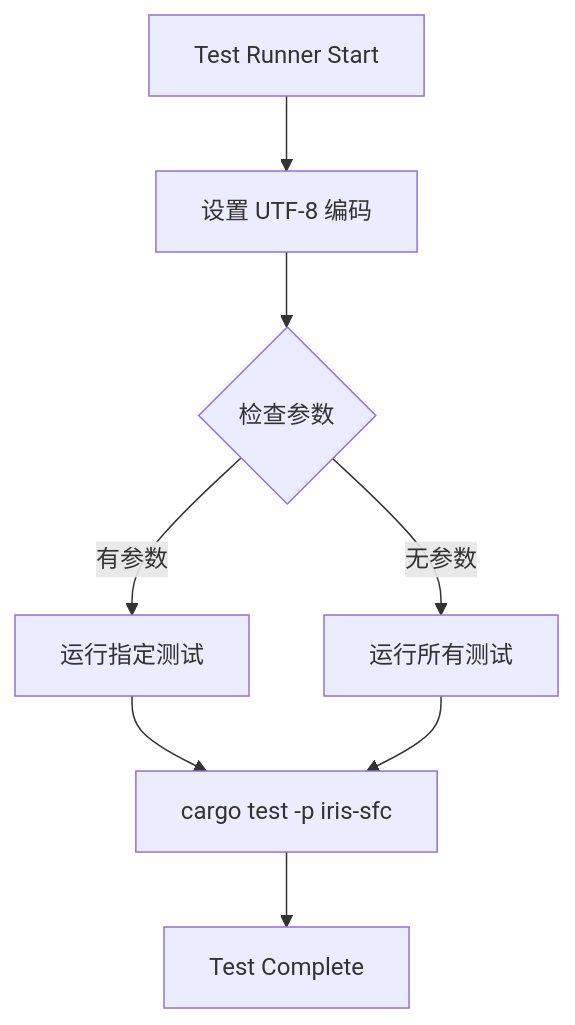
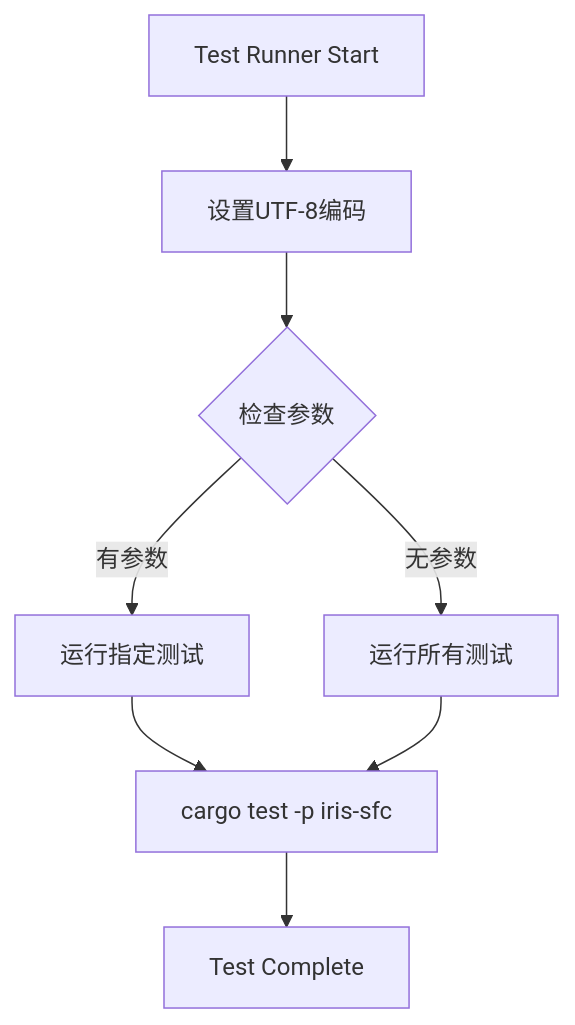
Before and after one commit to itszzl-sudo/iris: the second of 15 diagrams in .qoder/repowiki/zh/content/核心功能特性/工程化与商业化能力/测试框架与基础设施/测试框架与基础设施.md, drawn with Mermaid. The commit also changed other lines of this file and 4 other files, not shown here.

````diff
--- a/.qoder/repowiki/zh/content/核心功能特性/工程化与商业化能力/测试框架与基础设施/测试框架与基础设施.md
+++ b/.qoder/repowiki/zh/content/核心功能特性/工程化与商业化能力/测试框架与基础设施/测试框架与基础设施.md
@@ -112,10 +107,10 @@
 ```mermaid
 flowchart TD
-START[Test Runner Start] --> UTF8[设置 UTF-8 编码]
+START[Test Runner Start] --> UTF8[设置UTF-8编码]
 UTF8 --> CHECK_ARGS{检查参数}
 CHECK_ARGS --> |有参数| SPECIFIC[运行指定测试]
 CHECK_ARGS --> |无参数| ALL[运行所有测试]
 SPECIFIC --> CARGO[cargo test -p iris-sfc]
 ALL --> CARGO
 CARGO --> END[Test Complete]
 ```
````
